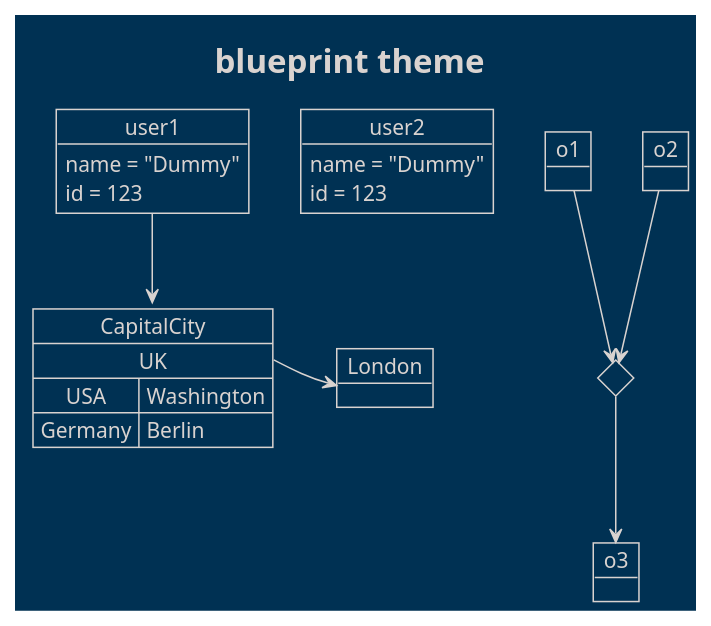
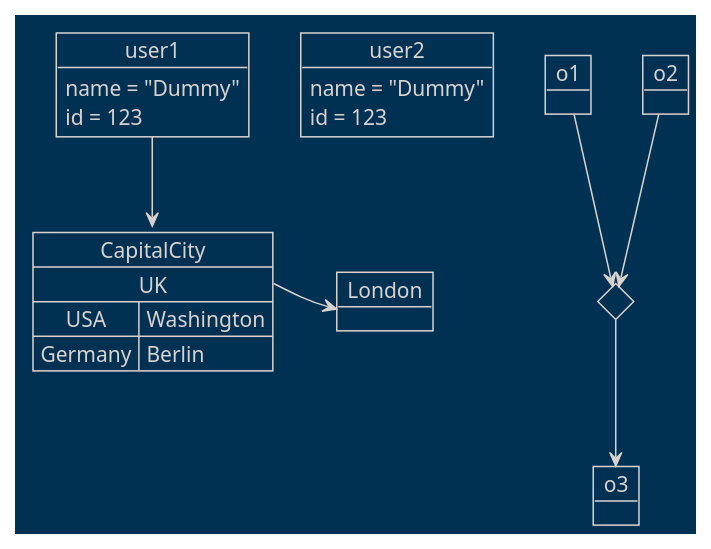
The diagram in gallery/Object-blueprint.puml (The-Lum/puml-themes-gallery), drawn with PlantUML before and after one commit. The commit also changed 1403 other files, not shown here.

```diff
--- a/gallery/Object-blueprint.puml
+++ b/gallery/Object-blueprint.puml
@@ -5,32 +5,31 @@
 @startuml
 !theme blueprint
-title blueprint theme
 
 object user1
 user1 : name = "Dummy"
 user1 : id = 123
 
 object user2 {
   name = "Dummy"
   id = 123
 }
 
 object o1
 object o2
 diamond dia
 object o3
 
 o1  --> dia
 o2  --> dia
 dia --> o3
 
 object London
 
 map CapitalCity {
  UK *-> London
  USA => Washington
  Germany => Berlin
 }
 
 user1 --> CapitalCity
 @enduml
```
